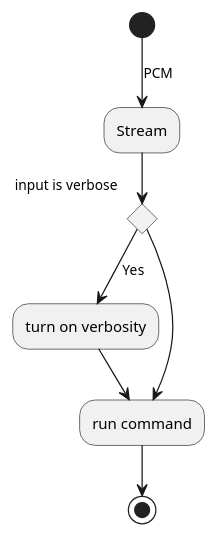
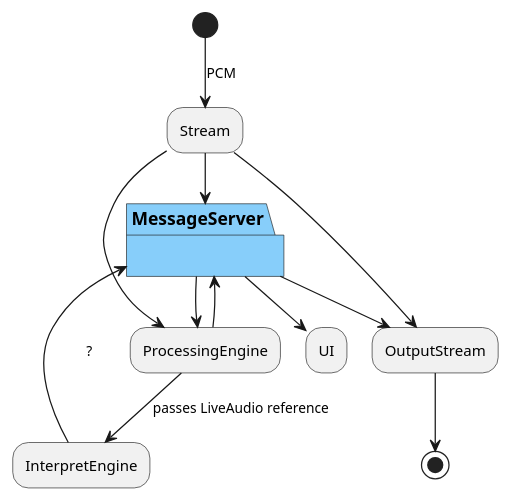
Before and after one commit to maciejj04/Apollo: the diagram in docs/ObserverMessagesActivity.puml, drawn with PlantUML. The commit also changed 6 other files, not shown here.

Commit message:
Add basic PerasonCorr to InterpretEngine

```diff
--- a/docs/ObserverMessagesActivity.puml
+++ b/docs/ObserverMessagesActivity.puml
@@ -1,10 +1,16 @@
 @startuml
 (*)  --> [PCM]"Stream"
-If "input is verbose" then
---> [Yes] "turn on verbosity"
---> "run command"
-else
---> "run command"
-Endif
--->(*)
+-->  "ProcessingEngine"
+--> [passes LiveAudio reference]"InterpretEngine"
+"Stream"-->"OutputStream"
+"OutputStream"-->(*)
+
+partition MessageServer #LightSkyBlue {
+  "Stream" --> "MessageServer"
+  "ProcessingEngine" --> "MessageServer"
+  "InterpretEngine" -->   [         ?       ]"MessageServer"
+}
+"MessageServer" --> "UI"
+"MessageServer" --> "ProcessingEngine"
+"MessageServer" --> "OutputStream"
 @enduml
```
